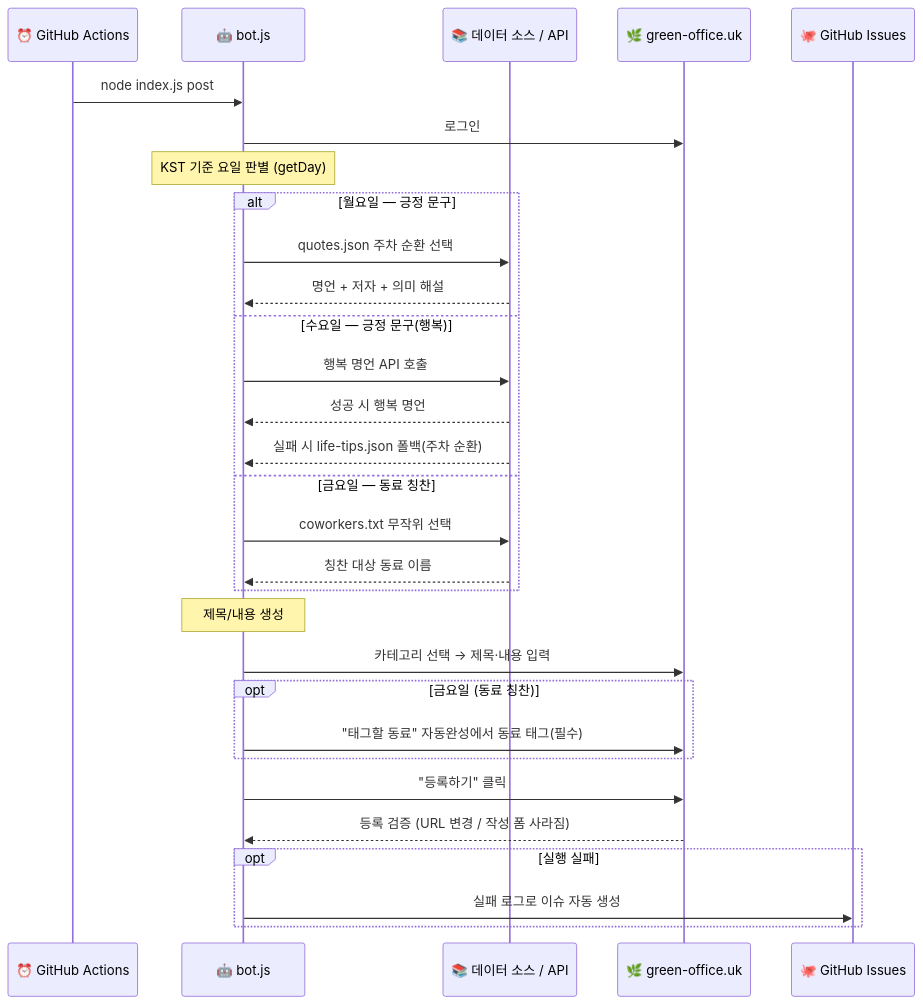
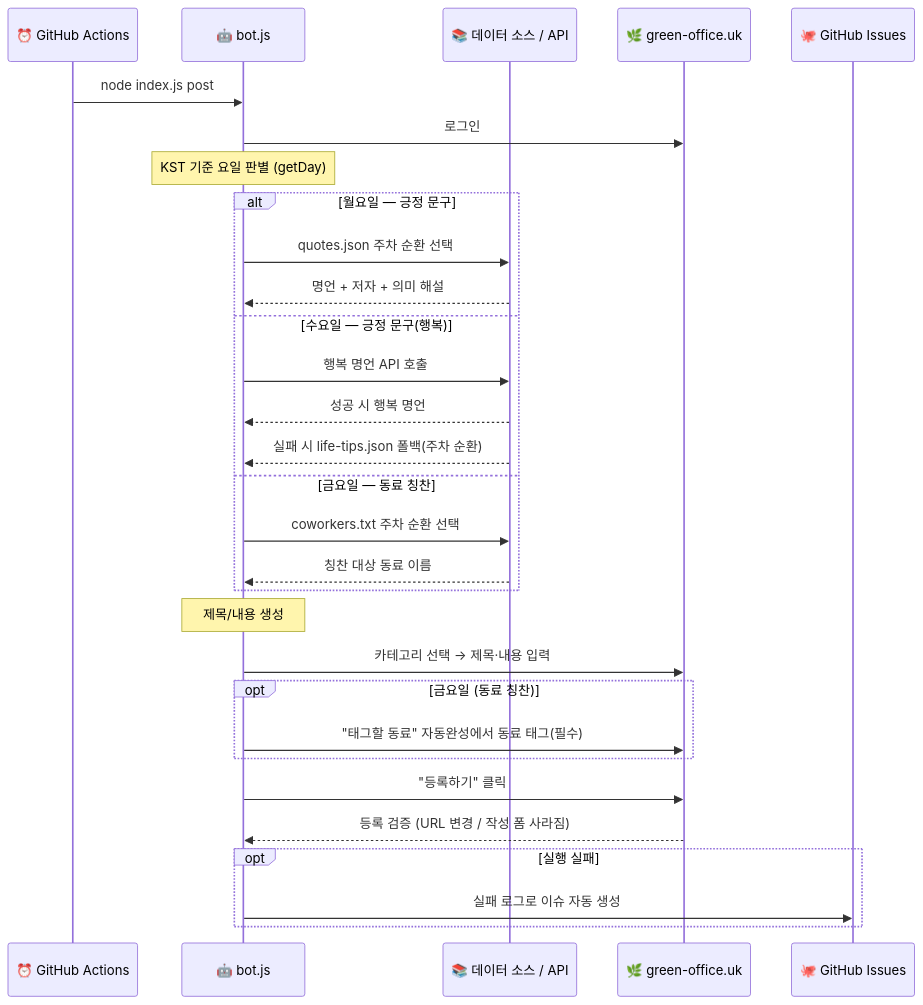
One commit to leemgs/green-office-agent changed the third of 3 diagrams in README.md. Above: the diagram before and after it, drawn with Mermaid. The commit also changed other lines of this file and 3 other files, not shown here.

````diff
--- a/README.md
+++ b/README.md
@@ -114,33 +114,33 @@
 ```mermaid
 sequenceDiagram
     participant CRON as ⏰ GitHub Actions
     participant BOT as 🤖 bot.js
     participant DATA as 📚 데이터 소스 / API
     participant SITE as 🌿 green-office.uk
     participant GH as 🐙 GitHub Issues
 
     CRON->>BOT: node index.js post
     BOT->>SITE: 로그인
     Note over BOT: KST 기준 요일 판별 (getDay)
     alt 월요일 — 긍정 문구
         BOT->>DATA: quotes.json 주차 순환 선택
         DATA-->>BOT: 명언 + 저자 + 의미 해설
     else 수요일 — 긍정 문구(행복)
         BOT->>DATA: 행복 명언 API 호출
         DATA-->>BOT: 성공 시 행복 명언
         DATA-->>BOT: 실패 시 life-tips.json 폴백(주차 순환)
     else 금요일 — 동료 칭찬
-        BOT->>DATA: coworkers.txt 무작위 선택
+        BOT->>DATA: coworkers.txt 주차 순환 선택
         DATA-->>BOT: 칭찬 대상 동료 이름
     end
     Note over BOT: 제목/내용 생성
     BOT->>SITE: 카테고리 선택 → 제목·내용 입력
     opt 금요일 (동료 칭찬)
         BOT->>SITE: "태그할 동료" 자동완성에서 동료 태그(필수)
     end
     BOT->>SITE: "등록하기" 클릭
     SITE-->>BOT: 등록 검증 (URL 변경 / 작성 폼 사라짐)
     opt 실행 실패
         BOT->>GH: 실패 로그로 이슈 자동 생성
     end
 ```
````
